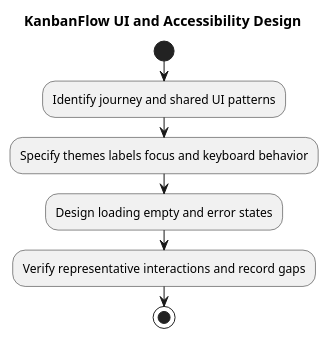
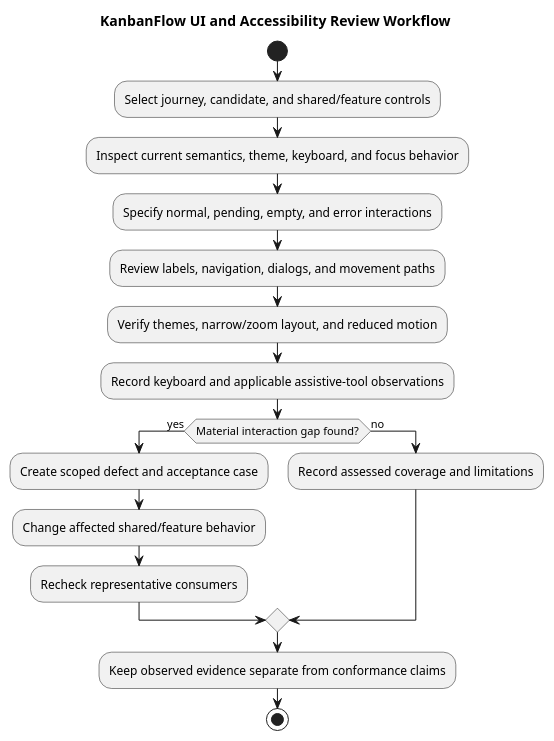
Before and after one commit to Farhad-Valizadegan/Web-KanbanFlow: the diagram in docs/SDLC/04-design/diagrams/ui-and-accessibility-design.puml, drawn with PlantUML. The commit also changed 2 other files, not shown here.

Commit message:
docs: complete UI accessibility interaction and verification guidance

```diff
--- a/docs/SDLC/04-design/diagrams/ui-and-accessibility-design.puml
+++ b/docs/SDLC/04-design/diagrams/ui-and-accessibility-design.puml
@@ -1,9 +1,19 @@
 @startuml
-title KanbanFlow UI and Accessibility Design
+title KanbanFlow UI and Accessibility Review Workflow
 start
-:Identify journey and shared UI patterns;
-:Specify themes labels focus and keyboard behavior;
-:Design loading empty and error states;
-:Verify representative interactions and record gaps;
+:Select journey, candidate, and shared/feature controls;
+:Inspect current semantics, theme, keyboard, and focus behavior;
+:Specify normal, pending, empty, and error interactions;
+:Review labels, navigation, dialogs, and movement paths;
+:Verify themes, narrow/zoom layout, and reduced motion;
+:Record keyboard and applicable assistive-tool observations;
+if (Material interaction gap found?) then (yes)
+ :Create scoped defect and acceptance case;
+ :Change affected shared/feature behavior;
+ :Recheck representative consumers;
+else (no)
+ :Record assessed coverage and limitations;
+endif
+:Keep observed evidence separate from conformance claims;
 stop
 @enduml
```
